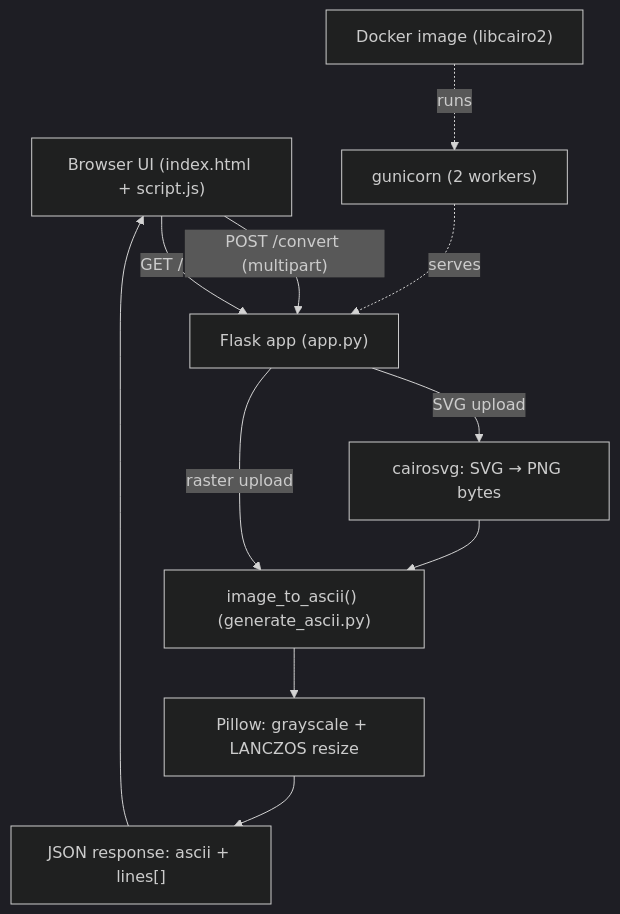
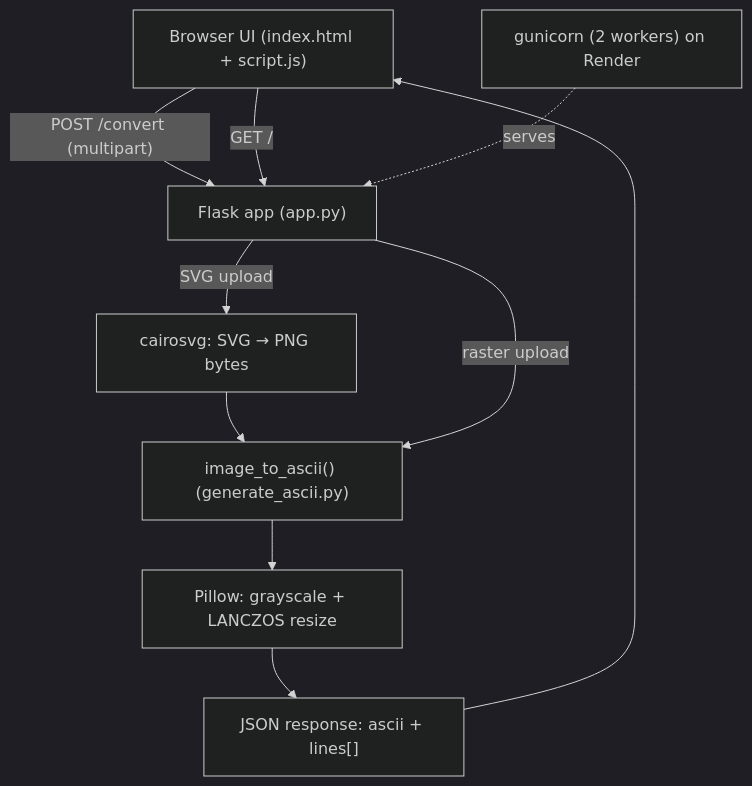
One commit to Technical-1/Image-To-Ascii-Flask changed the diagram in .portfolio/architecture.md. Above: the diagram before and after it, drawn with Mermaid (dark theme). The commit also changed other lines of this file and 6 other files, not shown here.

Commit message:
Remove unused Docker setup; align docs and render.yaml with native Python deploy

````diff
--- a/.portfolio/architecture.md
+++ b/.portfolio/architecture.md
@@ -5,13 +5,12 @@
 ```mermaid
 flowchart TD
     Browser["Browser UI (index.html + script.js)"] -->|"POST /convert (multipart)"| Flask["Flask app (app.py)"]
     Browser -->|"GET /"| Flask
     Flask -->|"SVG upload"| Cairo["cairosvg: SVG → PNG bytes"]
     Cairo --> Core["image_to_ascii() (generate_ascii.py)"]
     Flask -->|"raster upload"| Core
     Core --> Pillow["Pillow: grayscale + LANCZOS resize"]
     Pillow --> JSON["JSON response: ascii + lines[]"]
     JSON --> Browser
-    Gunicorn["gunicorn (2 workers)"] -.serves.-> Flask
-    Docker["Docker image (libcairo2)"] -.runs.-> Gunicorn
+    Gunicorn["gunicorn (2 workers) on Render"] -.serves.-> Flask
 ```
````
